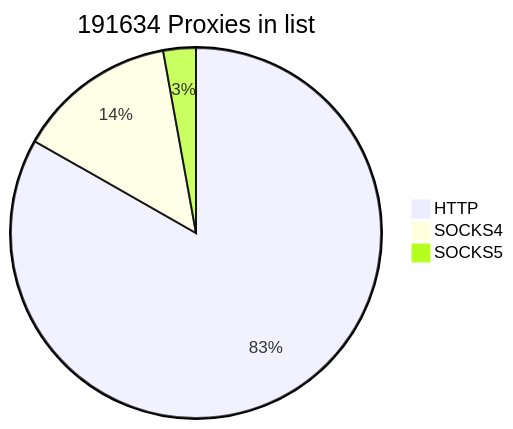
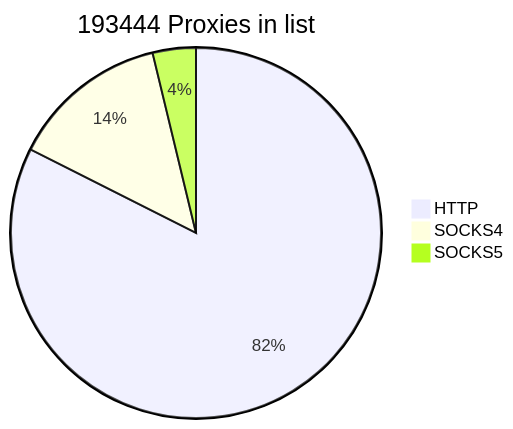
Before and after one commit to cutipu/proxylist: the first of 2 diagrams in README.md, drawn with Mermaid. The commit also changed other lines of this file, not shown here.

````diff
--- a/README.md
+++ b/README.md
@@ -2,7 +2,7 @@
 ```mermaid
-pie title 191634 Proxies in list
-    "HTTP" : 159496
+pie title 193444 Proxies in list
+    "HTTP" : 159475
     "SOCKS4" : 26686
-    "SOCKS5" : 5452
+    "SOCKS5" : 7283
             
 ```
````
